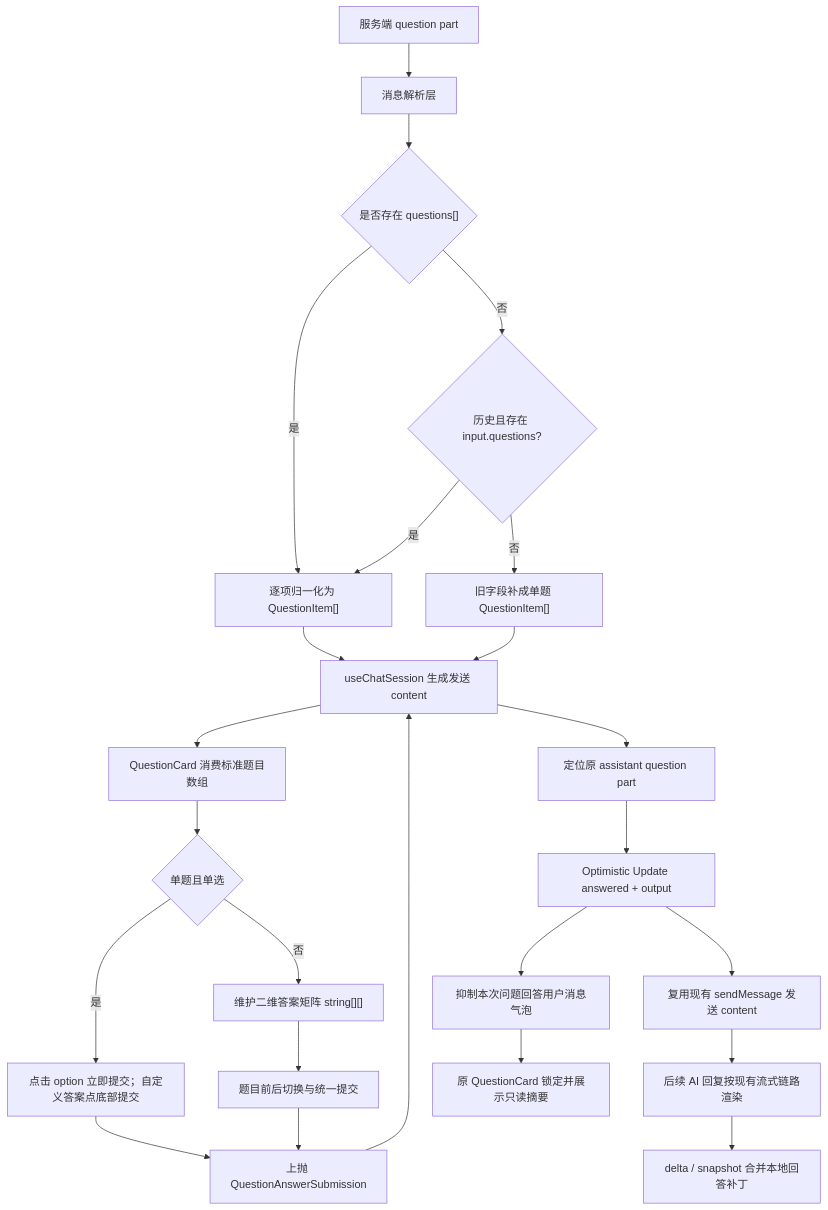
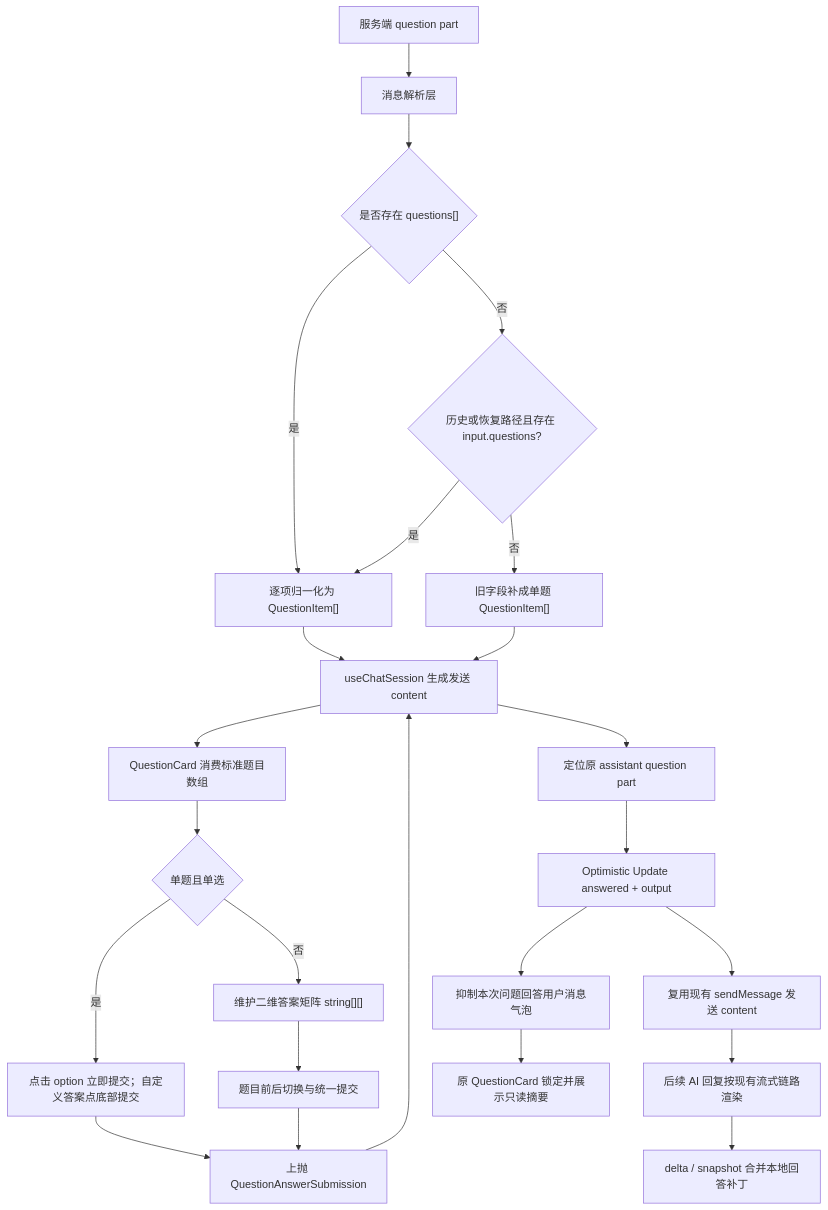
Before and after one commit to Abelsjcheng/skillSDK: the first of 4 diagrams in ai-chat-viewer/docs/2026-06-12-question-card-multi-question-answer-design.md, drawn with Mermaid. The commit also changed other lines of this file and 4 other files, not shown here.

````diff
--- a/ai-chat-viewer/docs/2026-06-12-question-card-multi-question-answer-design.md
+++ b/ai-chat-viewer/docs/2026-06-12-question-card-multi-question-answer-design.md
@@ -46,26 +46,26 @@
 ```mermaid
 flowchart TD
     A["服务端 question part"] --> B["消息解析层"]
     B --> C{"是否存在 questions[]"}
     C -- "是" --> D["逐项归一化为 QuestionItem[]"]
-    C -- "否" --> E{"历史且存在 input.questions?"}
+    C -- "否" --> E{"历史或恢复路径且存在 input.questions?"}
     E -- "是" --> D
     E -- "否" --> F["旧字段补成单题 QuestionItem[]"]
     D --> M["消息 part 写入 part.questions"]
     F --> M
     M --> G["QuestionCard 消费标准题目数组"]
     G --> H{"单题且单选"}
     H -- "是" --> I["点击 option 立即提交；自定义答案点底部提交"]
     H -- "否" --> J["维护二维答案矩阵 string[][]"]
     J --> K["题目前后切换与统一提交"]
     I --> L["上抛 QuestionAnswerSubmission"]
     K --> L
     L --> M["useChatSession 生成发送 content"]
     M --> N["定位原 assistant question part"]
     N --> O["Optimistic Update answered + output"]
     O --> P["复用现有 sendMessage 发送 content"]
     O --> Q["抑制本次问题回答用户消息气泡"]
     P --> R["后续 AI 回复按现有流式链路渲染"]
     R --> S["delta / snapshot 合并本地回答补丁"]
     Q --> T["原 QuestionCard 锁定并展示只读摘要"]
 ```
````
